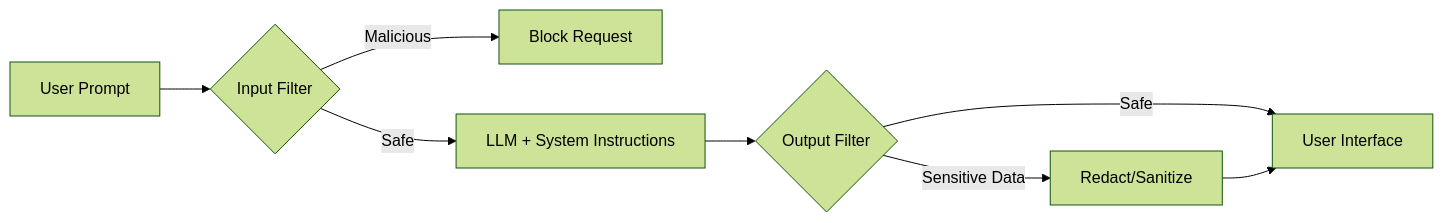
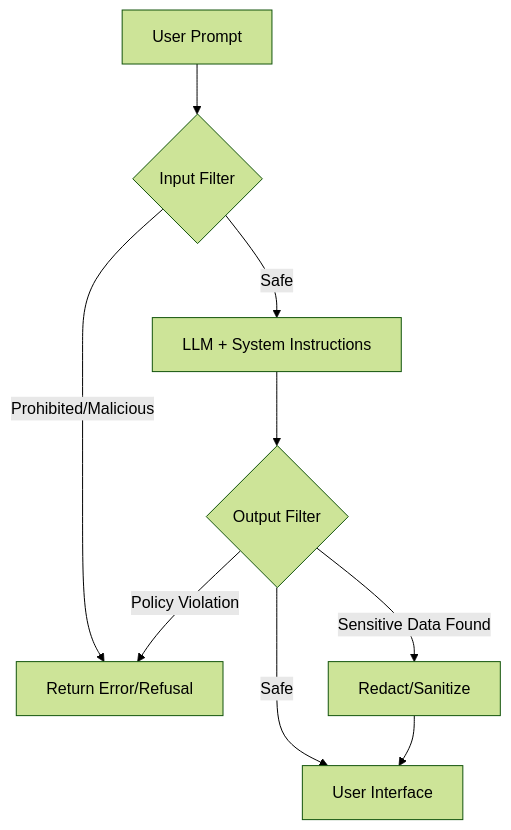
Before and after one commit to vaishvanara/techwritingkb: the diagram in docs/industry-terms/ai-safety-guardrails.md, drawn with Mermaid (forest theme). The commit also changed other lines of this file and 51 other files, not shown here.

````diff
--- a/docs/industry-terms/ai-safety-guardrails.md
+++ b/docs/industry-terms/ai-safety-guardrails.md
@@ -51,10 +51,11 @@
 ```mermaid
-graph LR
+graph TD
     A[User Prompt] --> B{Input Filter}
-    B -- Malicious --> C[Block Request]
+    B -- Prohibited/Malicious --> C[Return Error/Refusal]
     B -- Safe --> D[LLM + System Instructions]
     D --> E{Output Filter}
-    E -- Sensitive Data --> F[Redact/Sanitize]
+    E -- Policy Violation --> C
+    E -- Sensitive Data Found --> F[Redact/Sanitize]
     E -- Safe --> G[User Interface]
     F --> G
 ```
````
